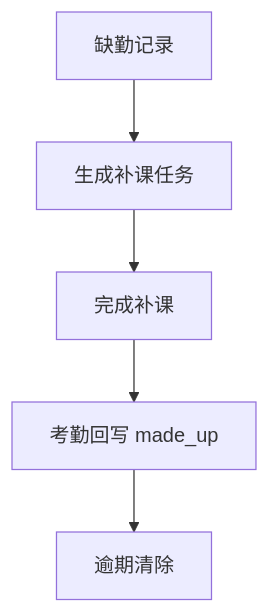
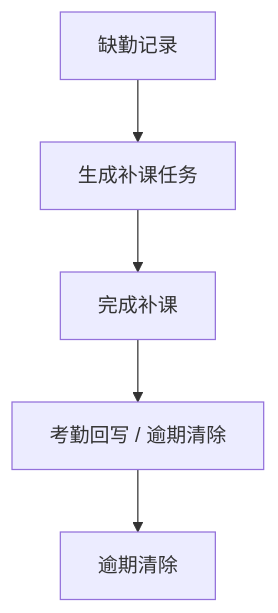
One commit to czhgo/GSM1921-SOP changed the sixth of 8 diagrams in content/03_doc_system/FUNCTION_MAP.md. Above: the diagram before and after it, drawn with Mermaid. The commit also changed 3 other files, not shown here.

````diff
--- a/content/03_doc_system/FUNCTION_MAP.md
+++ b/content/03_doc_system/FUNCTION_MAP.md
@@ -108,7 +108,7 @@
 ```mermaid
 flowchart TD
 A[缺勤记录] --> B[生成补课任务]
 B --> C[完成补课]
-C --> D[考勤回写 made_up]
+C --> D[考勤回写 / 逾期清除]
 D --> E[逾期清除]
 ```
````
